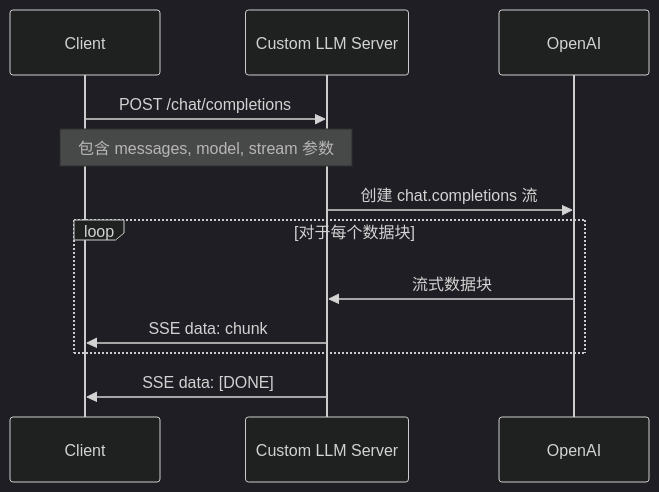
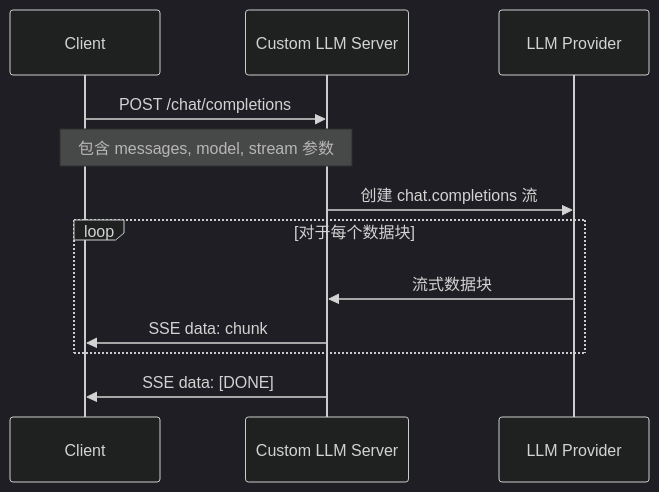
One commit to alienzh/Agora-AI-Recipes-Starter changed the second of 2 diagrams in server-custom-llm/README.md. Above: the diagram before and after it, drawn with Mermaid (dark theme). The commit also changed other lines of this file and 2 other files, not shown here.

Commit message:
feat(server-custom-llm): simplify Custom LLM service and add AI Studio integration guide

````diff
--- a/server-custom-llm/README.md
+++ b/server-custom-llm/README.md
@@ -123,18 +161,18 @@
 ```mermaid
 sequenceDiagram
     participant Client
     participant Server as Custom LLM Server
-    participant OpenAI
+    participant LLM as LLM Provider
 
     Client->>Server: POST /chat/completions
     Note over Client,Server: 包含 messages, model, stream 参数
 
-    Server->>OpenAI: 创建 chat.completions 流
+    Server->>LLM: 创建 chat.completions 流
 
     loop 对于每个数据块
-        OpenAI->>Server: 流式数据块
+        LLM->>Server: 流式数据块
         Server->>Client: SSE data: chunk
     end
 
     Server->>Client: SSE data: [DONE]
 ```
````
